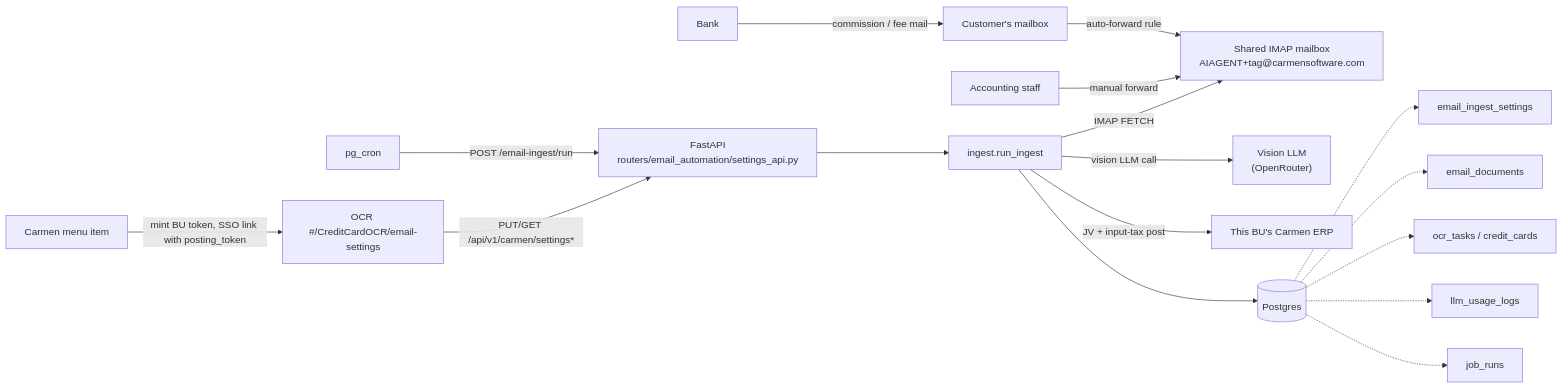
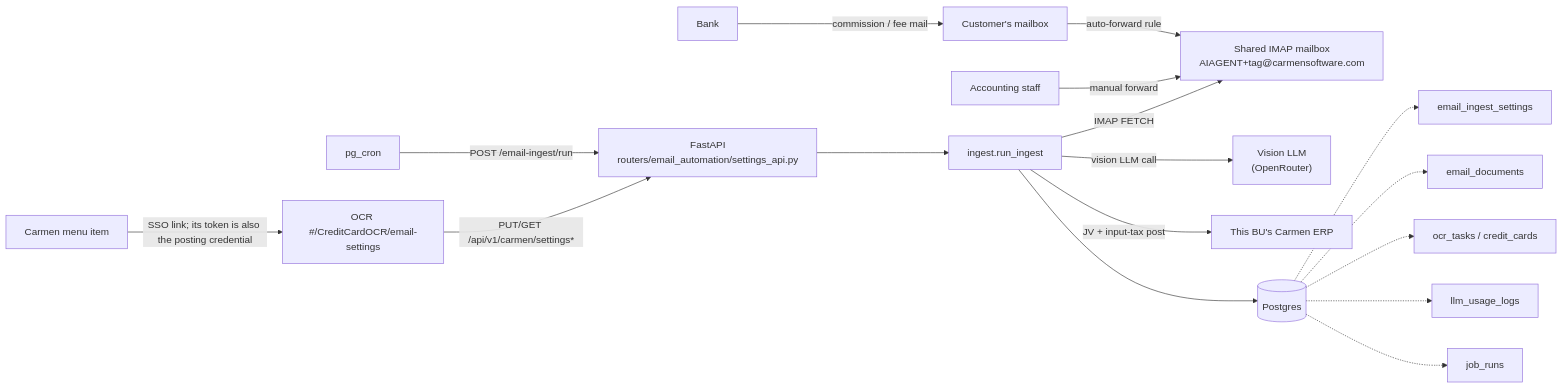
Before and after one commit to developer-carmensoftware/OCR: the first of 8 diagrams in docs/email-automation/02-architecture.md, drawn with Mermaid. The commit also changed other lines of this file and 5 other files, not shown here.

Commit message:
docs: one token for Carmen's settings link (decision-log #36)

````diff
--- a/docs/email-automation/02-architecture.md
+++ b/docs/email-automation/02-architecture.md
@@ -10,22 +10,22 @@
 ```mermaid
 flowchart LR
     Bank["Bank"] -->|"commission / fee mail"| CustMbx["Customer's mailbox"]
     CustMbx -->|"auto-forward rule"| Shared["Shared IMAP mailbox\nAIAGENT+tag@carmensoftware.com"]
     Staff["Accounting staff"] -->|"manual forward"| Shared
 
     Cron["pg_cron"] -->|"POST /email-ingest/run"| API["FastAPI\nrouters/email_automation/settings_api.py"]
     API --> Ingest["ingest.run_ingest"]
     Ingest -->|"IMAP FETCH"| Shared
     Ingest -->|"vision LLM call"| Vision["Vision LLM\n(OpenRouter)"]
     Ingest -->|"JV + input-tax post"| Carmen["This BU's Carmen ERP"]
 
-    CarmenMenu["Carmen menu item"] -->|"mint BU token, SSO link with posting_token"| Settings["OCR #/CreditCardOCR/email-settings"]
+    CarmenMenu["Carmen menu item"] -->|"SSO link; its token is also the posting credential"| Settings["OCR #/CreditCardOCR/email-settings"]
     Settings -->|"PUT/GET /api/v1/carmen/settings*"| API
 
     Ingest --> DB[("Postgres")]
     DB -.-> T1["email_ingest_settings"]
     DB -.-> T2["email_documents"]
     DB -.-> T3["ocr_tasks / credit_cards"]
     DB -.-> T4["llm_usage_logs"]
     DB -.-> T5["job_runs"]
 ```
````
